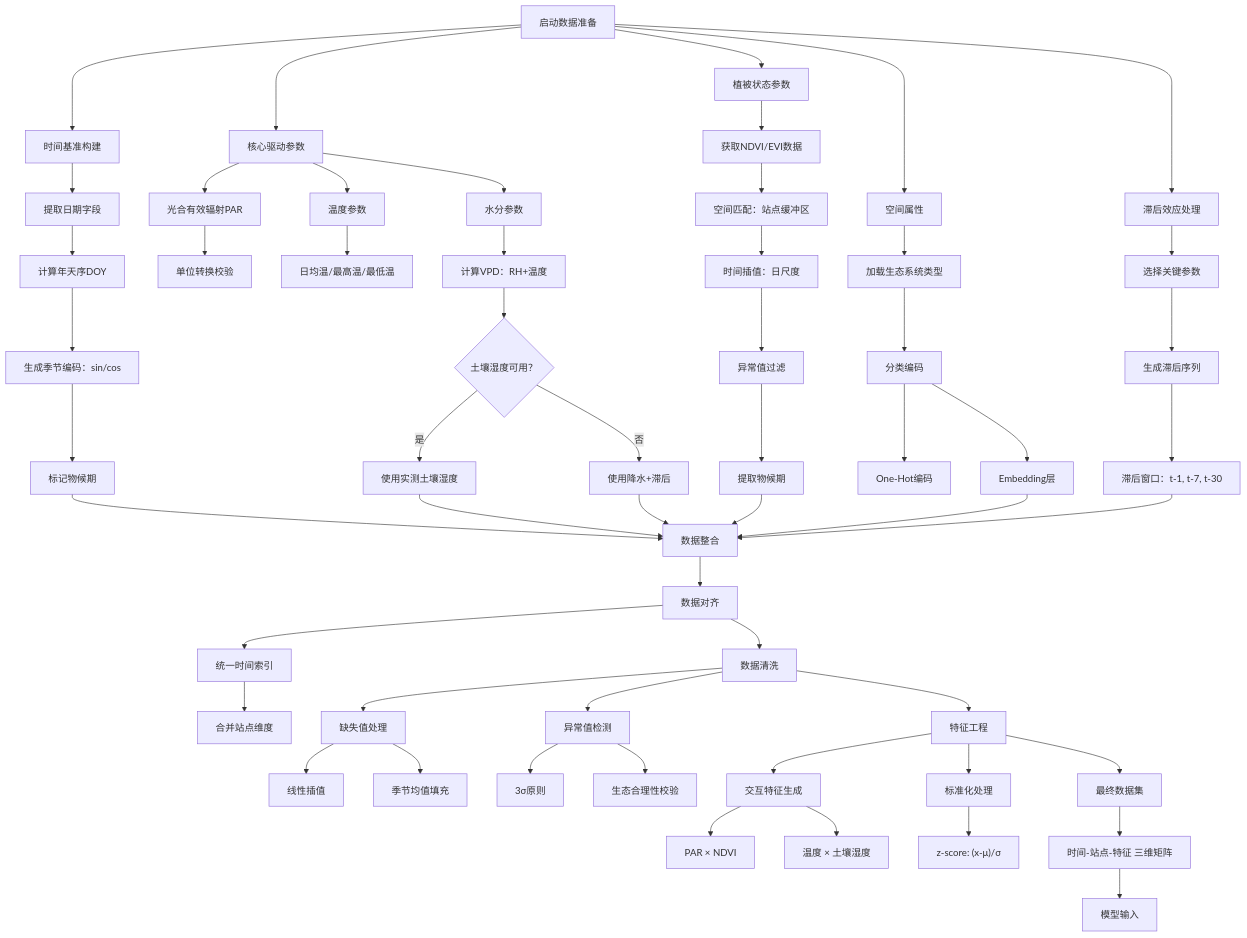
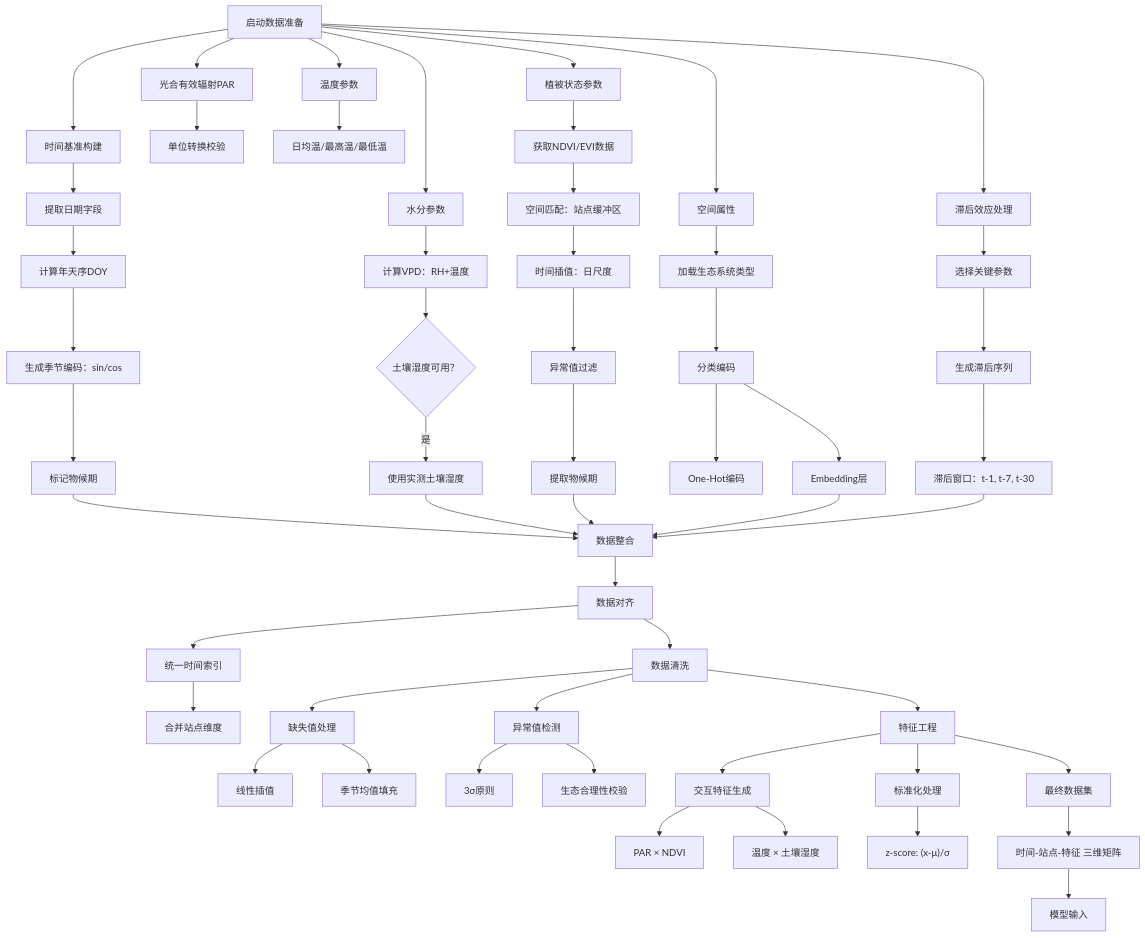
Before and after one commit to darrenmahh/Notes: the first of 3 diagrams in 01-论文汇总/02-数据/01-论文参数.md, drawn with Mermaid. The commit also changed 7 other files, not shown here.

````diff
--- a/01-论文汇总/02-数据/01-论文参数.md
+++ b/01-论文汇总/02-数据/01-论文参数.md
@@ -23,66 +23,87 @@
 ```mermaid
-graph TD
-    A[启动数据准备] --> B[时间基准构建]
-    B --> B1[提取日期字段]
-    B1 --> B2[计算年天序DOY]
-    B2 --> B3[生成季节编码：sin/cos]
-    B3 --> B4[标记物候期]
-    
-    A --> C[核心驱动参数]
-    C --> C1[光合有效辐射PAR]
-    C1 --> C11[单位转换校验]
-    C --> C2[温度参数]
-    C2 --> C21[日均温/最高温/最低温]
-    C --> C3[水分参数]
-    C3 --> C31[计算VPD：RH+温度]
-    C31 --> C32{土壤湿度可用？}
-    C32 -->|是| C33[使用实测土壤湿度]
-    C32 -->|否| C34[使用降水+滞后]
-    
-    A --> D[植被状态参数]
-    D --> D1[获取NDVI/EVI数据]
-    D1 --> D2[空间匹配：站点缓冲区]
-    D2 --> D3[时间插值：日尺度]
-    D3 --> D4[异常值过滤]
-    D4 --> D5[提取物候期]
-    
-    A --> E[空间属性]
-    E --> E1[加载生态系统类型]
-    E1 --> E2[分类编码]
-    E2 --> E21[One-Hot编码]
-    E2 --> E22[Embedding层]
-    
-    A --> F[滞后效应处理]
-    F --> F1[选择关键参数]
-    F1 --> F2[生成滞后序列]
-    F2 --> F21["滞后窗口：t-1, t-7, t-30"]
-    
-    B4 --> G[数据整合]
-    C33 --> G
-    C34 --> G
-    D5 --> G
-    E22 --> G
-    F21 --> G
-    
-    G --> H[数据对齐]
-    H --> H1[统一时间索引]
-    H1 --> H2[合并站点维度]
-    H --> I[数据清洗]
-    I --> I1[缺失值处理]
-    I1 --> I11[线性插值]
-    I1 --> I12[季节均值填充]
-    I --> I2[异常值检测]
-    I2 --> I21[3σ原则]
-    I2 --> I22[生态合理性校验]
-    
-    I --> J[特征工程]
-    J --> J1[交互特征生成]
-    J1 --> J11["PAR × NDVI"]
-    J1 --> J12["温度 × 土壤湿度"]
-    J --> J2[标准化处理]
-    J2 --> J21["z-score: (x-μ)/σ"]
-    
-    J --> K[最终数据集]
-    K --> L[时间-站点-特征 三维矩阵]
-    L --> M[模型输入]
+---
+
+config:
+
+  theme: forest
+
+---
+
+flowchart TD
+
+    A["启动数据准备"] --> B["时间基准构建"] & D["植被状态参数"] & E["空间属性"] & F["滞后效应处理"] & C2["温度参数"] & C1["光合有效辐射PAR"]
+
+    B --> B1["提取日期字段"]
+
+    B1 --> B2["计算年天序DOY"]
+
+    B2 --> B3["生成季节编码：sin/cos"]
+
+    B3 --> B4["标记物候期"]
+
+    C1 --> C11["单位转换校验"]
+
+    C2 --> C21["日均温/最高温/最低温"]
+
+    C3["水分参数"] --> C31["计算VPD：RH+温度"]
+
+    C31 --> C32{"土壤湿度可用？"}
+
+    C32 -- 是 --> C33["使用实测土壤湿度"]
+
+    D --> D1["获取NDVI/EVI数据"]
+
+    D1 --> D2["空间匹配：站点缓冲区"]
+
+    D2 --> D3["时间插值：日尺度"]
+
+    D3 --> D4["异常值过滤"]
+
+    D4 --> D5["提取物候期"]
+
+    E --> E1["加载生态系统类型"]
+
+    E1 --> E2["分类编码"]
+
+    E2 --> E21["One-Hot编码"] & E22["Embedding层"]
+
+    F --> F1["选择关键参数"]
+
+    F1 --> F2["生成滞后序列"]
+
+    F2 --> F21["滞后窗口：t-1, t-7, t-30"]
+
+    B4 --> G["数据整合"]
+
+    C33 --> G
+
+    D5 --> G
+
+    E22 --> G
+
+    F21 --> G
+
+    G --> H["数据对齐"]
+
+    H --> H1["统一时间索引"] & I["数据清洗"]
+
+    H1 --> H2["合并站点维度"]
+
+    I --> I1["缺失值处理"] & I2["异常值检测"] & J["特征工程"]
+
+    I1 --> I11["线性插值"] & I12["季节均值填充"]
+
+    I2 --> I21["3σ原则"] & I22["生态合理性校验"]
+
+    J --> J1["交互特征生成"] & J2["标准化处理"] & K["最终数据集"]
+
+    J1 --> J11["PAR × NDVI"] & J12["温度 × 土壤湿度"]
+
+    J2 --> J21["z-score: (x-μ)/σ"]
+
+    K --> L["时间-站点-特征 三维矩阵"]
+
+    L --> M["模型输入"]
+
+    A --> C3
 ```
````
